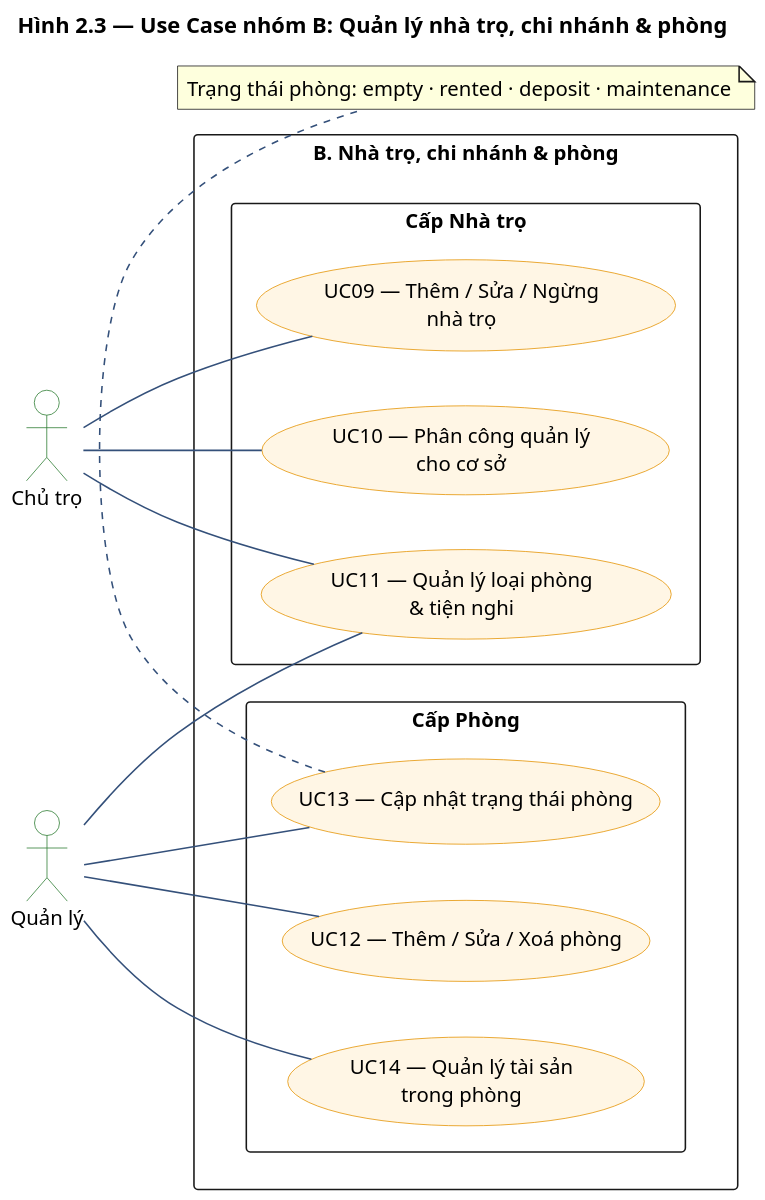
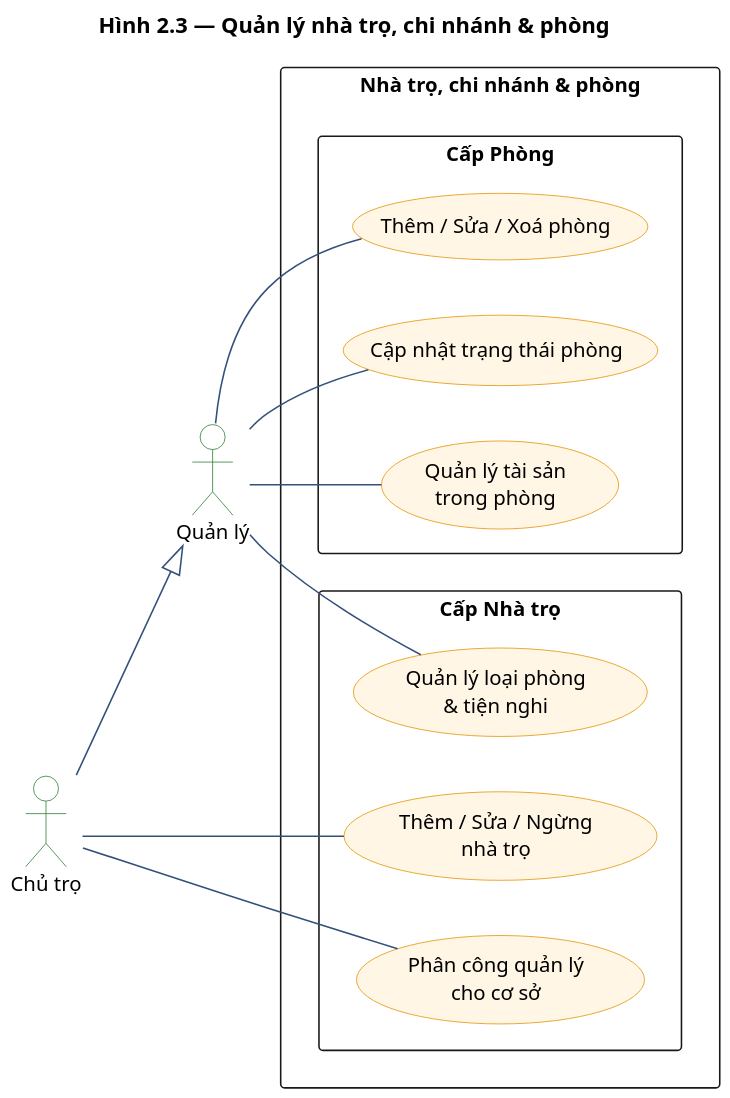
The diagram in docs/diagrams/2.03_uc_room.puml (DiepTuHuy/Hostel_Management), drawn with PlantUML before and after one commit. The commit also changed 92 other files, not shown here.

Commit message:
Đồng bộ 19 sơ đồ UML khớp 100% với hệ thống và bổ sung báo cáo LaTeX (PTTKHT) vào repository

```diff
--- a/docs/diagrams/2.03_uc_room.puml
+++ b/docs/diagrams/2.03_uc_room.puml
@@ -1,48 +1,46 @@
 @startuml UC_Room
-title Hình 2.3 — Use Case nhóm B: Quản lý nhà trọ, chi nhánh & phòng
+title Hình 2.3 — Quản lý nhà trọ, chi nhánh & phòng
 
 skinparam dpi 150
 skinparam shadowing false
 skinparam defaultFontName "Segoe UI"
 skinparam defaultFontSize 13
 skinparam packageStyle rectangle
 skinparam ArrowColor #34507A
 skinparam usecase {
   BackgroundColor #FFF6E5
   BorderColor #E59300
 }
 skinparam actor {
   BackgroundColor #FFFFFF
   BorderColor #2E7D32
 }
 left to right direction
 
 actor "Chủ trọ"  as Owner
 actor "Quản lý"  as Manager
 
-rectangle "B. Nhà trọ, chi nhánh & phòng" {
+rectangle "Nhà trọ, chi nhánh & phòng" {
   package "Cấp Nhà trọ" {
-    usecase "UC09 — Thêm / Sửa / Ngừng\nnhà trọ"      as R1
-    usecase "UC10 — Phân công quản lý\ncho cơ sở"     as R2
-    usecase "UC11 — Quản lý loại phòng\n& tiện nghi"  as R3
+    usecase "Thêm / Sửa / Ngừng\nnhà trọ"      as R1
+    usecase "Phân công quản lý\ncho cơ sở"     as R2
+    usecase "Quản lý loại phòng\n& tiện nghi"  as R3
   }
   package "Cấp Phòng" {
-    usecase "UC12 — Thêm / Sửa / Xoá phòng"           as R4
-    usecase "UC13 — Cập nhật trạng thái phòng"        as R5
-    usecase "UC14 — Quản lý tài sản\ntrong phòng"     as R6
+    usecase "Thêm / Sửa / Xoá phòng"           as R4
+    usecase "Cập nhật trạng thái phòng"        as R5
+    usecase "Quản lý tài sản\ntrong phòng"     as R6
   }
 }
 
+' Kế thừa: Chủ trọ có toàn bộ chức năng của Quản lý,
+' thêm quyền riêng ở cấp Nhà trọ (thêm/ngừng cơ sở, phân công)
+Owner --|> Manager
 Owner -- R1
 Owner -- R2
-Owner -- R3
 Manager -- R3
 Manager -- R4
 Manager -- R5
 Manager -- R6
 
-note bottom of R5
-  Trạng thái phòng: empty · rented · deposit · maintenance
-end note
-
 @enduml
```
